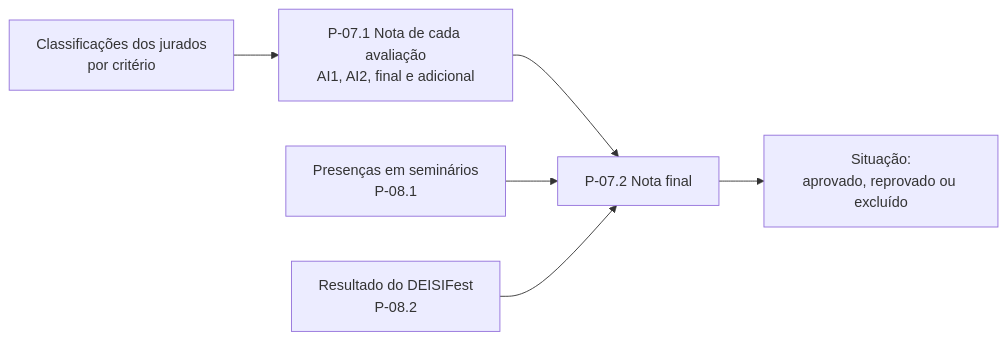
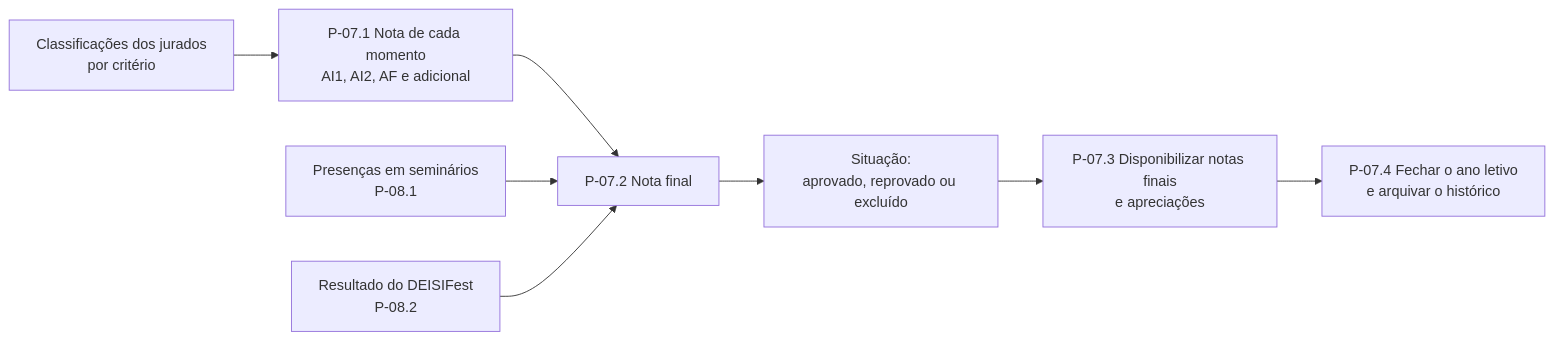
Before and after one commit to ULHT-TFC-new/tfc-reporting-DEISI2256: the eighth of 9 diagrams in processos.md, drawn with Mermaid. The commit also changed other lines of this file, not shown here.

````diff
--- a/processos.md
+++ b/processos.md
@@ -440,8 +663,10 @@
 ```mermaid
 flowchart LR
-    A[Classificações dos jurados<br/>por critério] --> B[P-07.1 Nota de cada avaliação<br/>AI1, AI2, final e adicional]
+    A[Classificações dos jurados<br/>por critério] --> B[P-07.1 Nota de cada momento<br/>AI1, AI2, AF e adicional]
     B --> C[P-07.2 Nota final]
     D[Presenças em seminários<br/>P-08.1] --> C
     E[Resultado do DEISIFest<br/>P-08.2] --> C
     C --> F[Situação:<br/>aprovado, reprovado ou excluído]
+    F --> G[P-07.3 Disponibilizar notas finais<br/>e apreciações]
+    G --> H[P-07.4 Fechar o ano letivo<br/>e arquivar o histórico]
 ```
````
